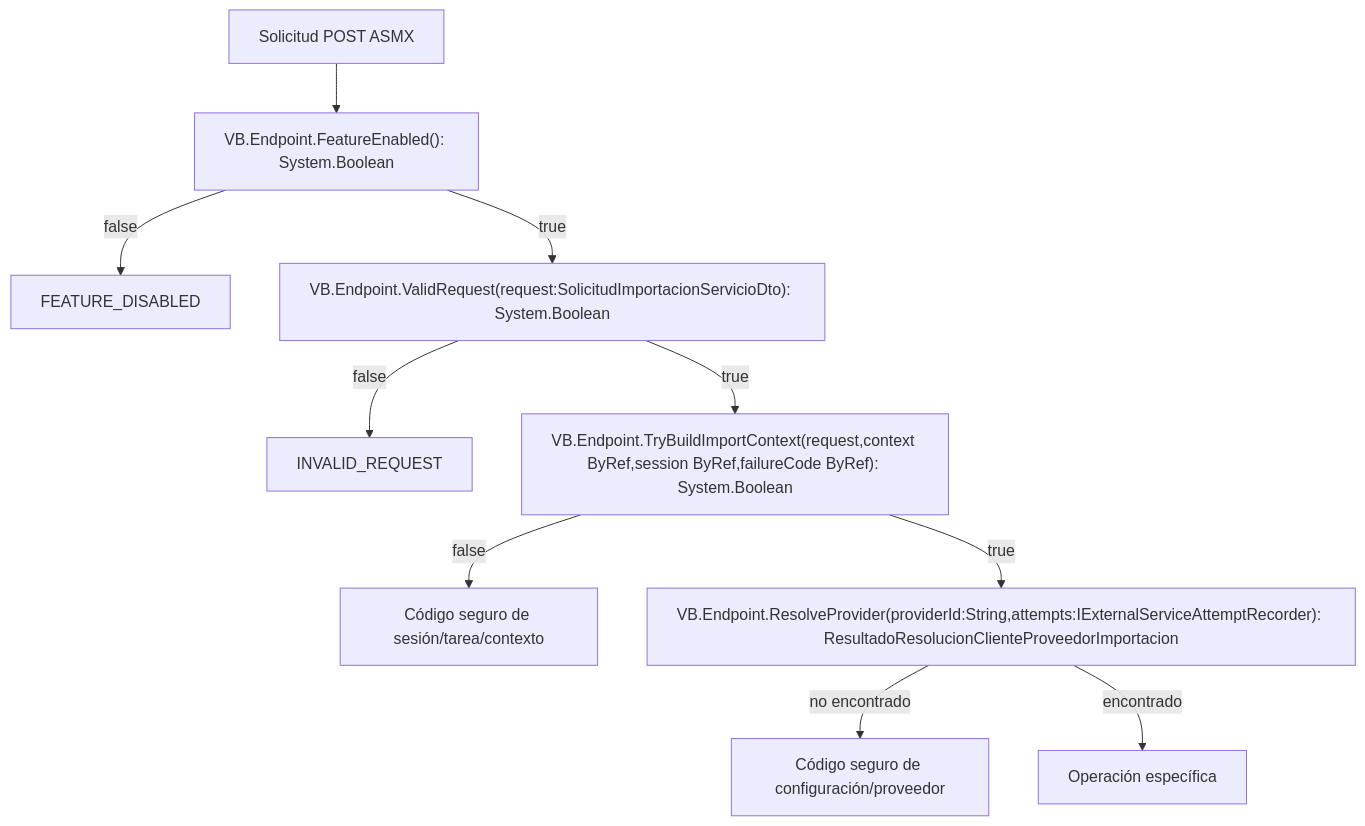
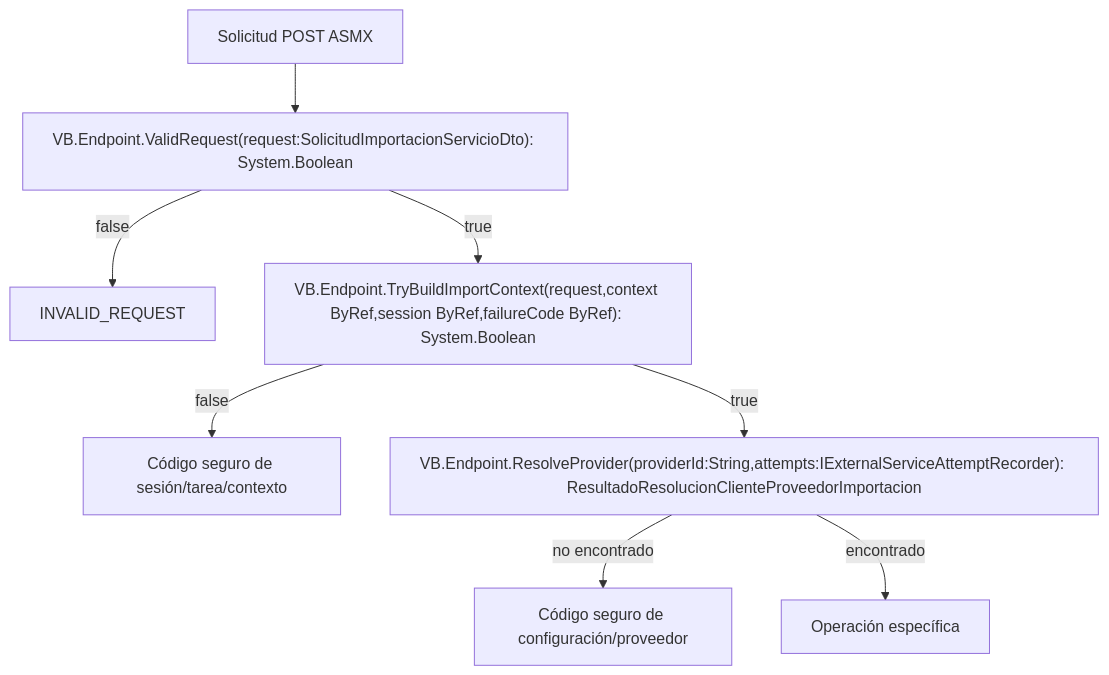
Before and after one commit to miguelurueta/DocuArchiNet: the diagram in Doc/Actualizacion/workflow/ImportarServicioWeb/DOC-72-nucleo-registro-adaptadores/Diagramas/04-ValidacionesErrores.md, drawn with Mermaid. The commit also changed other lines of this file and 2 other files, not shown here.

Commit message:
docs(workflow): alinear contrato DOC-72 sin feature gate

````diff
--- a/Doc/Actualizacion/workflow/ImportarServicioWeb/DOC-72-nucleo-registro-adaptadores/Diagramas/04-ValidacionesErrores.md
+++ b/Doc/Actualizacion/workflow/ImportarServicioWeb/DOC-72-nucleo-registro-adaptadores/Diagramas/04-ValidacionesErrores.md
@@ -11,12 +11,10 @@
 ```mermaid
 flowchart TD
-    START["Solicitud POST ASMX"] --> GATE["VB.Endpoint.FeatureEnabled(): System.Boolean"]
-    GATE -->|false| DISABLED["FEATURE_DISABLED"]
-    GATE -->|true| VALID["VB.Endpoint.ValidRequest(request:SolicitudImportacionServicioDto): System.Boolean"]
+    START["Solicitud POST ASMX"] --> VALID["VB.Endpoint.ValidRequest(request:SolicitudImportacionServicioDto): System.Boolean"]
     VALID -->|false| INVALID["INVALID_REQUEST"]
     VALID -->|true| CONTEXT["VB.Endpoint.TryBuildImportContext(request,context ByRef,session ByRef,failureCode ByRef): System.Boolean"]
     CONTEXT -->|false| SAFE["Código seguro de sesión/tarea/contexto"]
     CONTEXT -->|true| PROVIDER["VB.Endpoint.ResolveProvider(providerId:String,attempts:IExternalServiceAttemptRecorder): ResultadoResolucionClienteProveedorImportacion"]
     PROVIDER -->|no encontrado| UNAVAILABLE["Código seguro de configuración/proveedor"]
     PROVIDER -->|encontrado| OP["Operación específica"]
 ```
````
